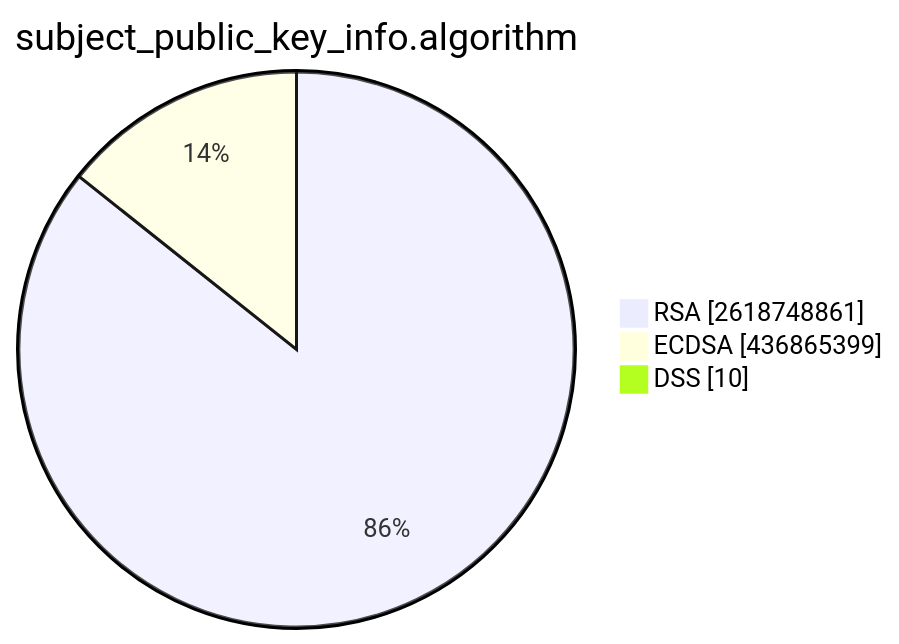
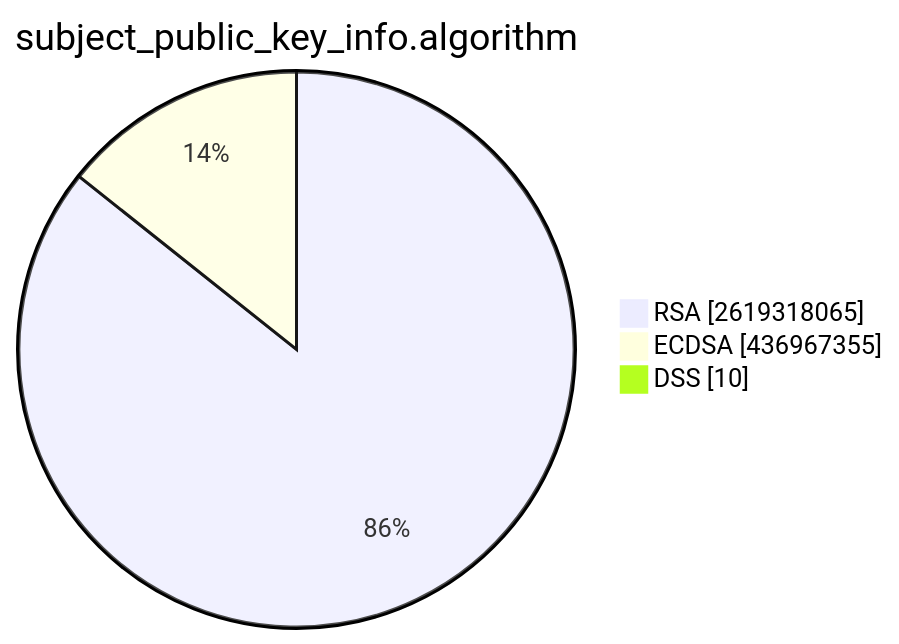
One commit to christiankrug/ctmonitor_visualization changed the second of 15 diagrams in TOTAL/README.md. Above: the diagram before and after it, drawn with Mermaid. The commit also changed other lines of this file, not shown here.

````diff
--- a/TOTAL/README.md
+++ b/TOTAL/README.md
@@ -6,7 +6,7 @@
 ```mermaid
 pie showData
 title subject_public_key_info.algorithm
-"RSA" :2618748861
-"ECDSA" :436865399
+"RSA" :2619318065
+"ECDSA" :436967355
 "DSS" :10
 ```
````
